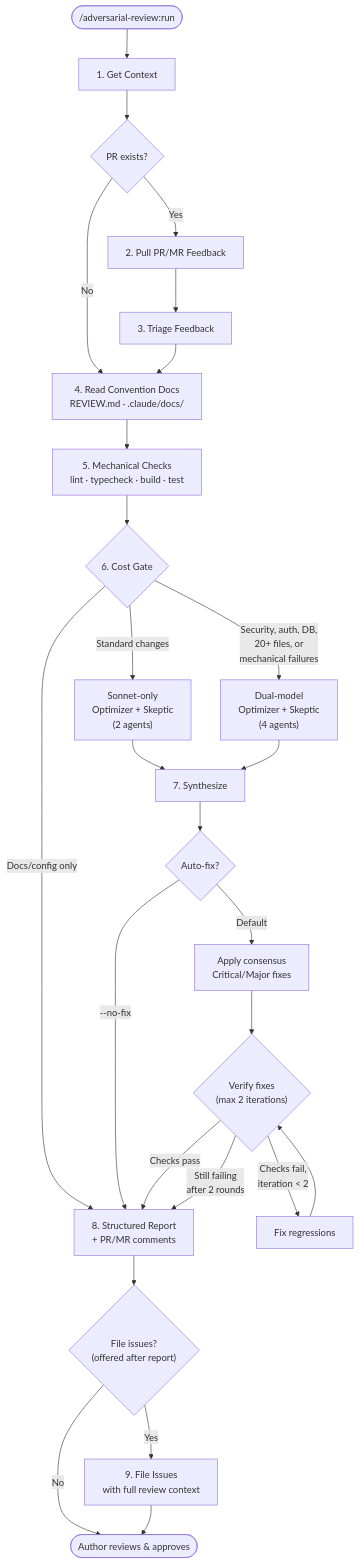
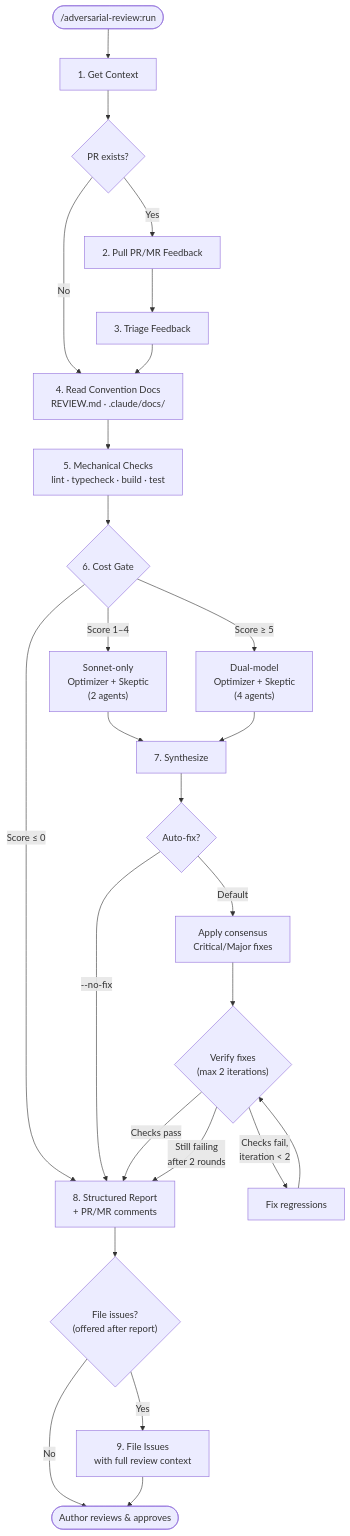
Before and after one commit to ng/adversarial-review: the first of 2 diagrams in README.md, drawn with Mermaid. The commit also changed other lines of this file and 3 other files, not shown here.

````diff
--- a/README.md
+++ b/README.md
@@ -34,26 +34,26 @@
 ```mermaid
 flowchart TD
     Start(["/adversarial-review:run"]) --> Context["1. Get Context"]
     Context --> PR{PR exists?}
     PR -->|Yes| Feedback["2. Pull PR/MR Feedback"]
     PR -->|No| Docs
     Feedback --> Triage["3. Triage Feedback"]
     Triage --> Docs["4. Read Convention Docs<br/>REVIEW.md · .claude/docs/"]
     Docs --> Mechanical["5. Mechanical Checks<br/>lint · typecheck · build · test"]
     Mechanical --> Gate{"6. Cost Gate"}
-    Gate -->|"Docs/config only"| Report
-    Gate -->|"Standard changes"| Standard["Sonnet-only<br/>Optimizer + Skeptic<br/>(2 agents)"]
-    Gate -->|"Security, auth, DB,<br/>20+ files, or<br/>mechanical failures"| Full["Dual-model<br/>Optimizer + Skeptic<br/>(4 agents)"]
+    Gate -->|"Score ≤ 0"| Report
+    Gate -->|"Score 1–4"| Standard["Sonnet-only<br/>Optimizer + Skeptic<br/>(2 agents)"]
+    Gate -->|"Score ≥ 5"| Full["Dual-model<br/>Optimizer + Skeptic<br/>(4 agents)"]
     Standard & Full --> Synth["7. Synthesize"]
     Synth --> ModeCheck{Auto-fix?}
     ModeCheck -->|"--no-fix"| Report
     ModeCheck -->|"Default"| Apply["Apply consensus<br/>Critical/Major fixes"]
     Apply --> Verify{"Verify fixes<br/>(max 2 iterations)"}
     Verify -->|"Checks pass"| Report
     Verify -->|"Checks fail,<br/>iteration < 2"| Fix["Fix regressions"] --> Verify
     Verify -->|"Still failing<br/>after 2 rounds"| Report
     Report["8. Structured Report<br/>+ PR/MR comments"] --> Issues{"File issues?<br/>(offered after report)"}
     Issues -->|Yes| File["9. File Issues<br/>with full review context"]
     Issues -->|No| Done
     File --> Done([Author reviews & approves])
 ```
````
